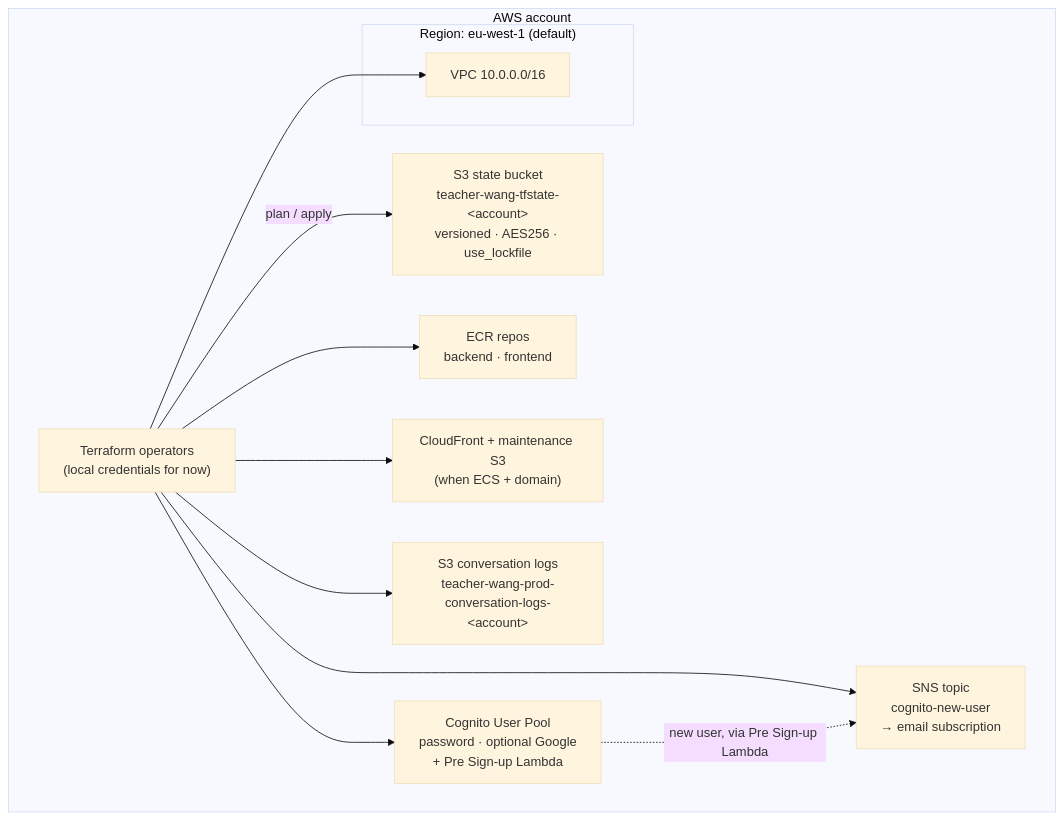
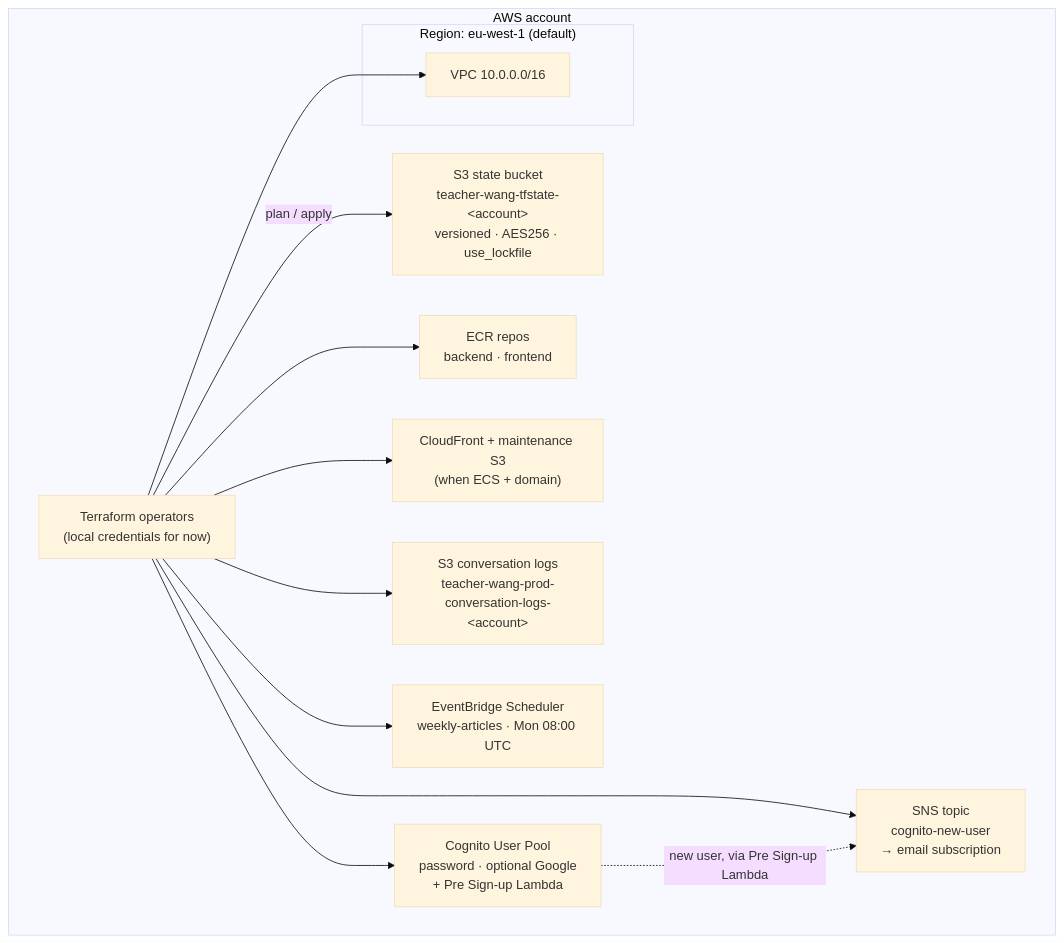
One commit to mazarsju/teacher-wang-infra changed the first of 10 diagrams in docs/architecture.md. Above: the diagram before and after it, drawn with Mermaid (base theme). The commit also changed other lines of this file and 7 other files, not shown here.

Commit message:
Make 'generate_weekly_article' callable as a job from an EventBridge Scheduler

````diff
--- a/docs/architecture.md
+++ b/docs/architecture.md
@@ -17,25 +17,27 @@
 ```mermaid
 flowchart TB
   subgraph Account["AWS account"]
     TF["Terraform operators<br/>(local credentials for now)"]
     S3State["S3 state bucket<br/>teacher-wang-tfstate-&lt;account&gt;<br/>versioned · AES256 · use_lockfile"]
     ECR["ECR repos<br/>backend · frontend"]
     Cognito["Cognito User Pool<br/>password · optional Google<br/>+ Pre Sign-up Lambda"]
     CF["CloudFront + maintenance S3<br/>(when ECS + domain)"]
     ChatS3["S3 conversation logs<br/>teacher-wang-prod-conversation-logs-&lt;account&gt;"]
     SNS["SNS topic<br/>cognito-new-user<br/>→ email subscription"]
+    Sched["EventBridge Scheduler<br/>weekly-articles · Mon 08:00 UTC"]
 
     subgraph Region["Region: eu-west-1 (default)"]
       VPC["VPC 10.0.0.0/16"]
     end
   end
 
   TF -->|plan / apply| S3State
   TF --> VPC
   TF --> ECR
   TF --> Cognito
   TF --> CF
   TF --> ChatS3
   TF --> SNS
+  TF --> Sched
   Cognito -.->|new user, via Pre Sign-up Lambda| SNS
 ```
````
